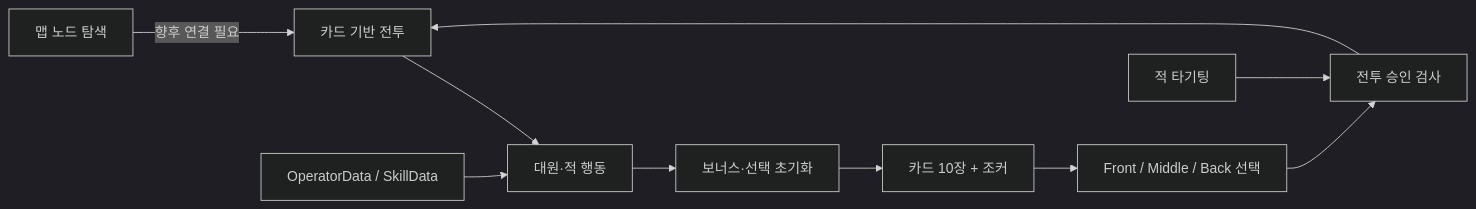
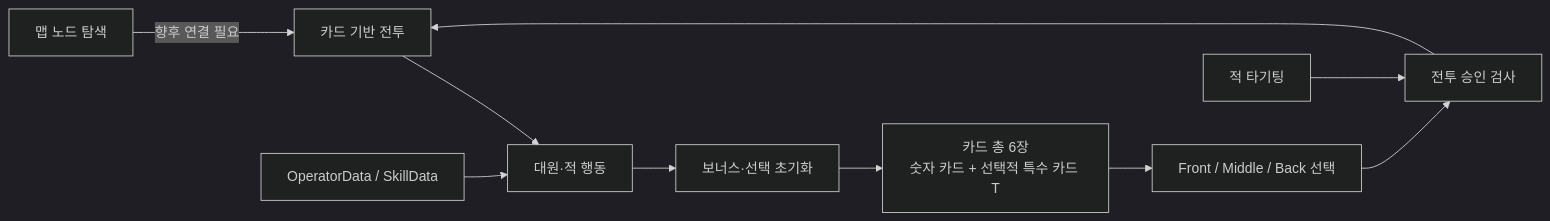
The diagram in wiki/랜드인트 작전기록 대문.md (icrf-hot/Randint_Strategy_Record), drawn with Mermaid (dark theme) before and after one commit. The commit also changed 7 other files, not shown here.

````diff
--- a/wiki/랜드인트 작전기록 대문.md
+++ b/wiki/랜드인트 작전기록 대문.md
@@ -36,12 +36,12 @@
 ```mermaid
 flowchart LR
     Map[맵 노드 탐색] -->|향후 연결 필요| Battle[카드 기반 전투]
-    Card[카드 10장 + 조커] --> Select[Front / Middle / Back 선택]
+    Card[카드 총 6장<br/>숫자 카드 + 선택적 특수 카드 T] --> Select[Front / Middle / Back 선택]
     Select --> Gate[전투 승인 검사]
     Target[적 타기팅] --> Gate
     Gate --> Battle
     Battle --> Actor[대원·적 행동]
     Actor --> Reset[보너스·선택 초기화]
     Reset --> Card
     Data[OperatorData / SkillData] --> Actor
 ```
````
